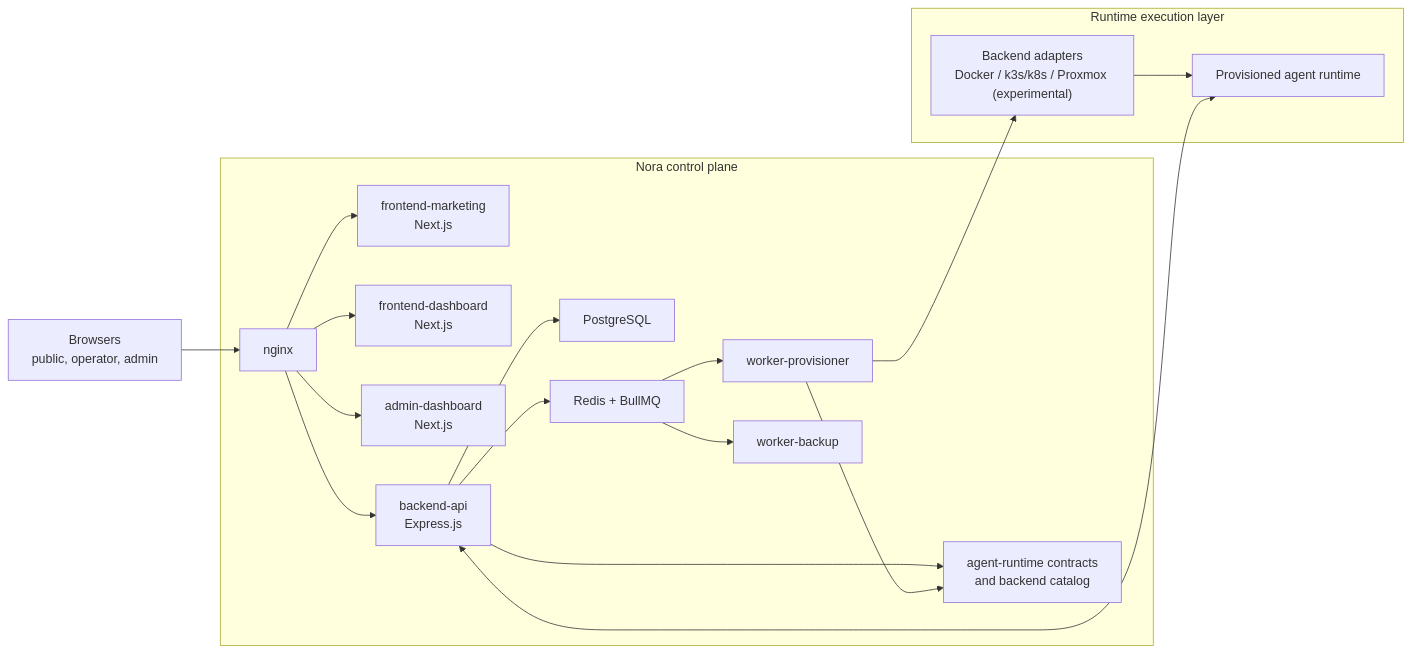
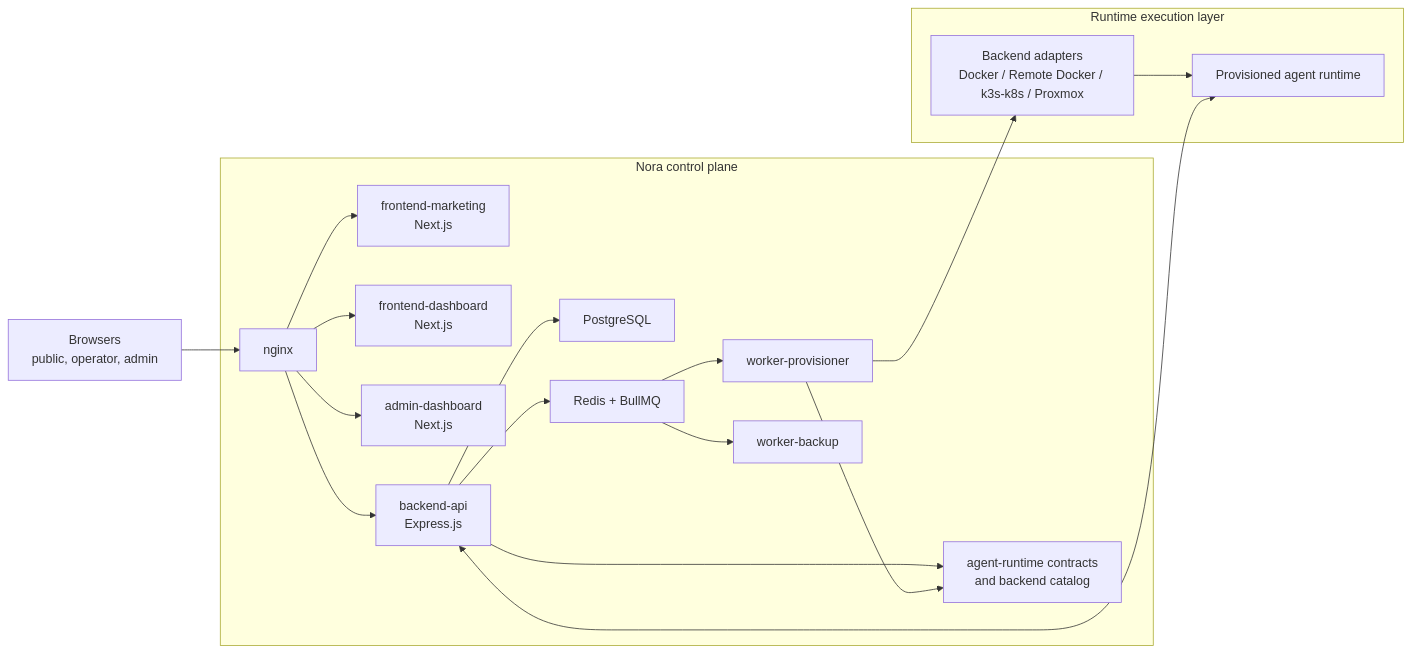
Before and after one commit to MichaelAtram/nora: the first of 3 diagrams in docs/concepts/architecture.mdx, drawn with Mermaid. The commit also changed other lines of this file and 121 other files, not shown here.

````diff
--- a/docs/concepts/architecture.mdx
+++ b/docs/concepts/architecture.mdx
@@ -13,23 +17,23 @@
 ```mermaid theme={null}
 flowchart LR
     Browser["Browsers<br/>public, operator, admin"] --> Nginx["nginx"]
 
     subgraph ControlPlane["Nora control plane"]
         Nginx --> Marketing["frontend-marketing<br/>Next.js"]
         Nginx --> Dashboard["frontend-dashboard<br/>Next.js"]
         Nginx --> Admin["admin-dashboard<br/>Next.js"]
         Nginx --> API["backend-api<br/>Express.js"]
         API --> Postgres["PostgreSQL"]
         API --> Redis["Redis + BullMQ"]
         Redis --> Provisioner["worker-provisioner"]
         Redis --> BackupWorker["worker-backup"]
         API --> Contracts["agent-runtime contracts<br/>and backend catalog"]
         Provisioner --> Contracts
     end
 
     subgraph RuntimeInfra["Runtime execution layer"]
-        Provisioner --> Adapters["Backend adapters<br/>Docker / k3s/k8s / Proxmox (experimental)"]
+        Provisioner --> Adapters["Backend adapters<br/>Docker / Remote Docker / k3s-k8s / Proxmox"]
         Adapters --> Runtime["Provisioned agent runtime"]
         API <--> Runtime
     end
 ```
````
